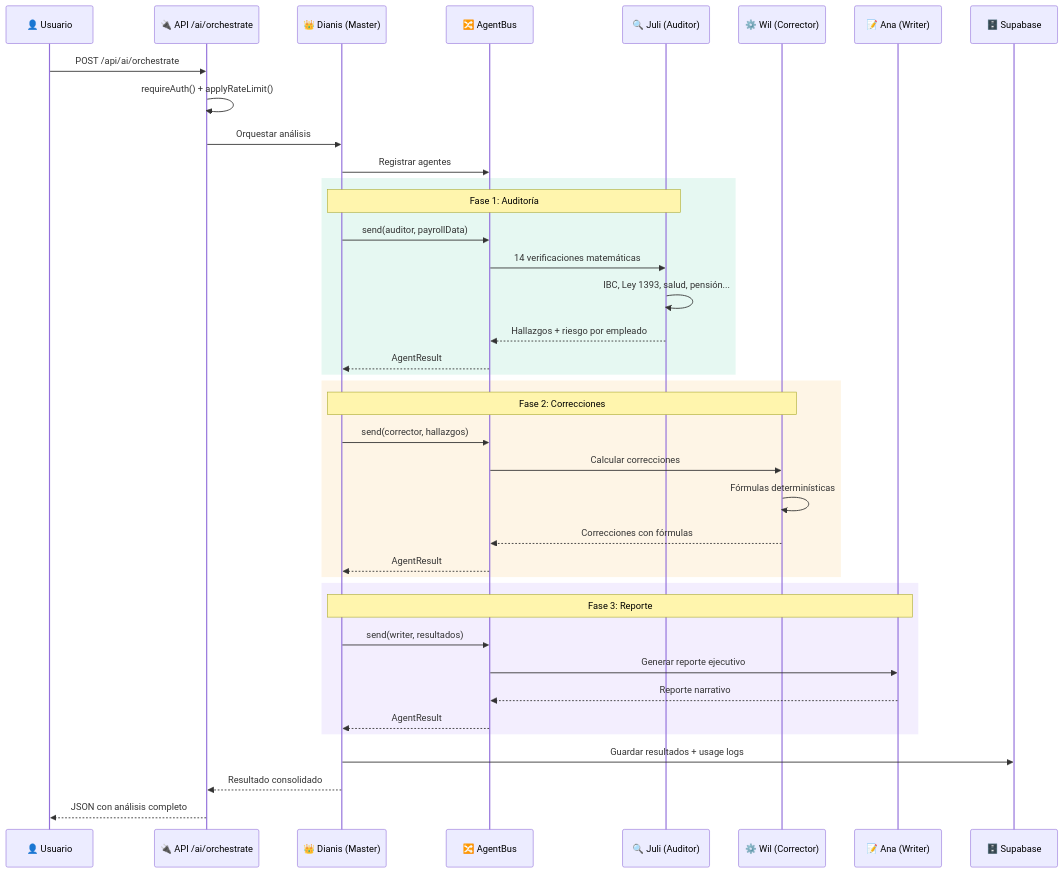
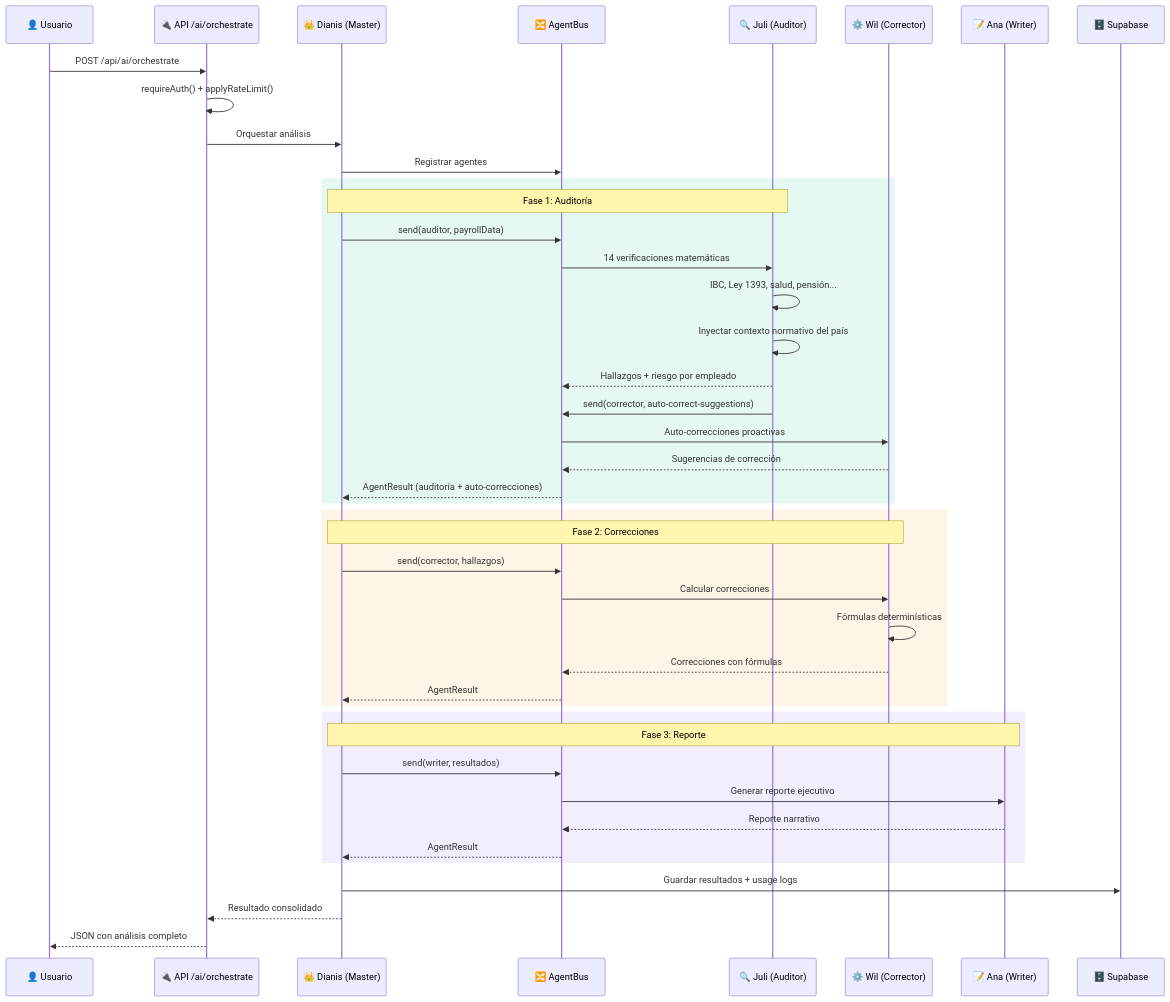
The second of 8 diagrams in README.md (Shiroe-95/NominaApp), drawn with Mermaid before and after one commit. The commit also changed other lines of this file and 25 other files, not shown here.

````diff
--- a/README.md
+++ b/README.md
@@ -173,46 +174,50 @@
 ```mermaid
 sequenceDiagram
     participant U as 👤 Usuario
     participant API as 🔌 API /ai/orchestrate
     participant M as 👑 Dianis (Master)
     participant Bus as 🔀 AgentBus
     participant A as 🔍 Juli (Auditor)
     participant C as ⚙️ Wil (Corrector)
     participant W as 📝 Ana (Writer)
     participant DB as 🗄️ Supabase
 
     U->>API: POST /api/ai/orchestrate
     API->>API: requireAuth() + applyRateLimit()
     API->>M: Orquestar análisis
     M->>Bus: Registrar agentes
     
     rect rgb(16, 185, 129, 0.1)
         Note over M,A: Fase 1: Auditoría
         M->>Bus: send(auditor, payrollData)
         Bus->>A: 14 verificaciones matemáticas
         A->>A: IBC, Ley 1393, salud, pensión...
+        A->>A: Inyectar contexto normativo del país
         A-->>Bus: Hallazgos + riesgo por empleado
-        Bus-->>M: AgentResult
+        A->>Bus: send(corrector, auto-correct-suggestions)
+        Bus->>C: Auto-correcciones proactivas
+        C-->>Bus: Sugerencias de corrección
+        Bus-->>M: AgentResult (auditoría + auto-correcciones)
     end
 
     rect rgb(245, 158, 11, 0.1)
         Note over M,C: Fase 2: Correcciones
         M->>Bus: send(corrector, hallazgos)
         Bus->>C: Calcular correcciones
         C->>C: Fórmulas determinísticas
         C-->>Bus: Correcciones con fórmulas
         Bus-->>M: AgentResult
     end
 
     rect rgb(139, 92, 246, 0.1)
         Note over M,W: Fase 3: Reporte
         M->>Bus: send(writer, resultados)
         Bus->>W: Generar reporte ejecutivo
         W-->>Bus: Reporte narrativo
         Bus-->>M: AgentResult
     end
 
     M->>DB: Guardar resultados + usage logs
     M-->>API: Resultado consolidado
     API-->>U: JSON con análisis completo
 ```
````
